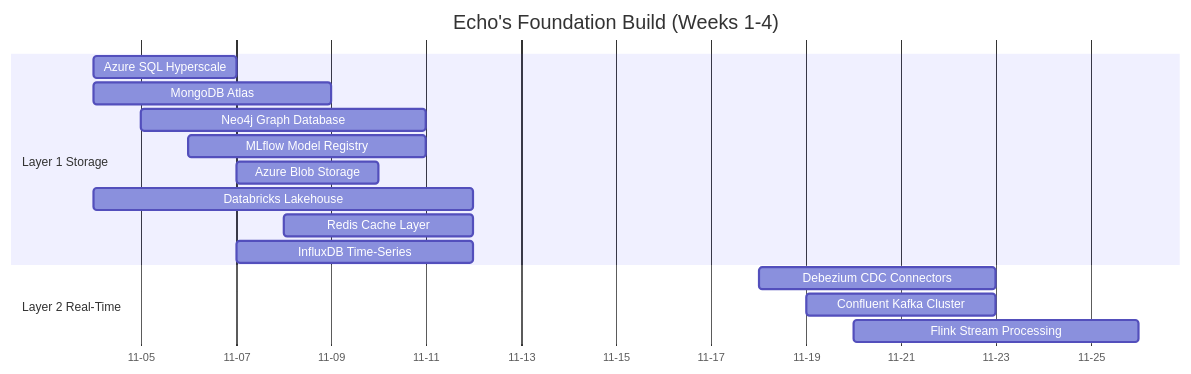
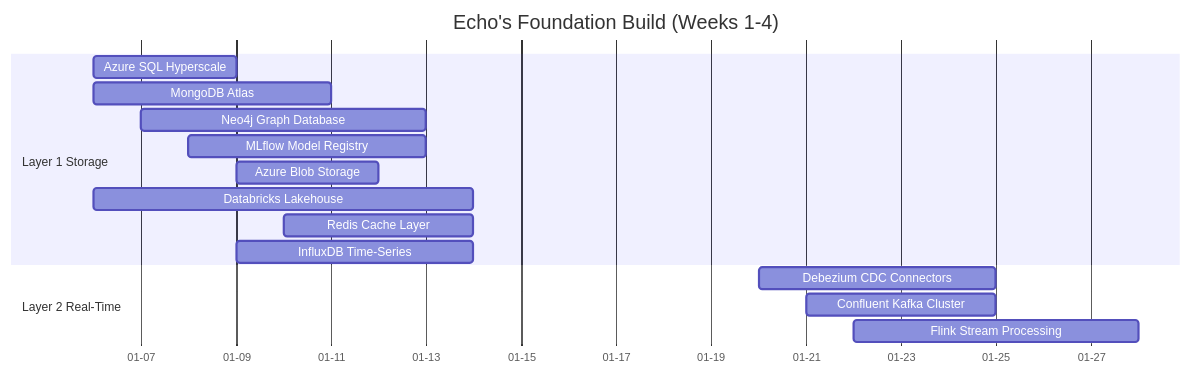
Before and after one commit to saitejesh-cyber/trust-before-intelligence-book: the ninth of 11 diagrams in manuscript/05_chapter_4_foundation_layers.md, drawn with Mermaid. The commit also changed other lines of this file and 5 other files, not shown here.

````diff
--- a/manuscript/05_chapter_4_foundation_layers.md
+++ b/manuscript/05_chapter_4_foundation_layers.md
@@ -944,21 +944,21 @@
 ```mermaid
 gantt
     title Echo's Foundation Build (Weeks 1-4)
-    dateFormat YYYY-MM-DD
+    dateFormat MM-DD
     axisFormat %m-%d
     
     section Layer 1 Storage
-    Azure SQL Hyperscale     :L1a, 2024-11-04, 3d
-    MongoDB Atlas            :L1b, 2024-11-04, 5d
-    Neo4j Graph Database     :L1c, 2024-11-05, 6d
-    MLflow Model Registry    :L1d, 2024-11-06, 5d
-    Azure Blob Storage       :L1e, 2024-11-07, 3d
-    Databricks Lakehouse     :L1f, 2024-11-04, 8d
-    Redis Cache Layer        :L1g, 2024-11-08, 4d
-    InfluxDB Time-Series     :L1h, 2024-11-07, 5d
+    Azure SQL Hyperscale     :L1a, 01-06, 3d
+    MongoDB Atlas            :L1b, 01-06, 5d
+    Neo4j Graph Database     :L1c, 01-07, 6d
+    MLflow Model Registry    :L1d, 01-08, 5d
+    Azure Blob Storage       :L1e, 01-09, 3d
+    Databricks Lakehouse     :L1f, 01-06, 8d
+    Redis Cache Layer        :L1g, 01-10, 4d
+    InfluxDB Time-Series     :L1h, 01-09, 5d
     
     section Layer 2 Real-Time
-    Debezium CDC Connectors  :L2a, 2024-11-18, 5d
-    Confluent Kafka Cluster  :L2b, 2024-11-19, 4d
-    Flink Stream Processing  :L2c, 2024-11-20, 6d
+    Debezium CDC Connectors  :L2a, 01-20, 5d
+    Confluent Kafka Cluster  :L2b, 01-21, 4d
+    Flink Stream Processing  :L2c, 01-22, 6d
 ```
````
